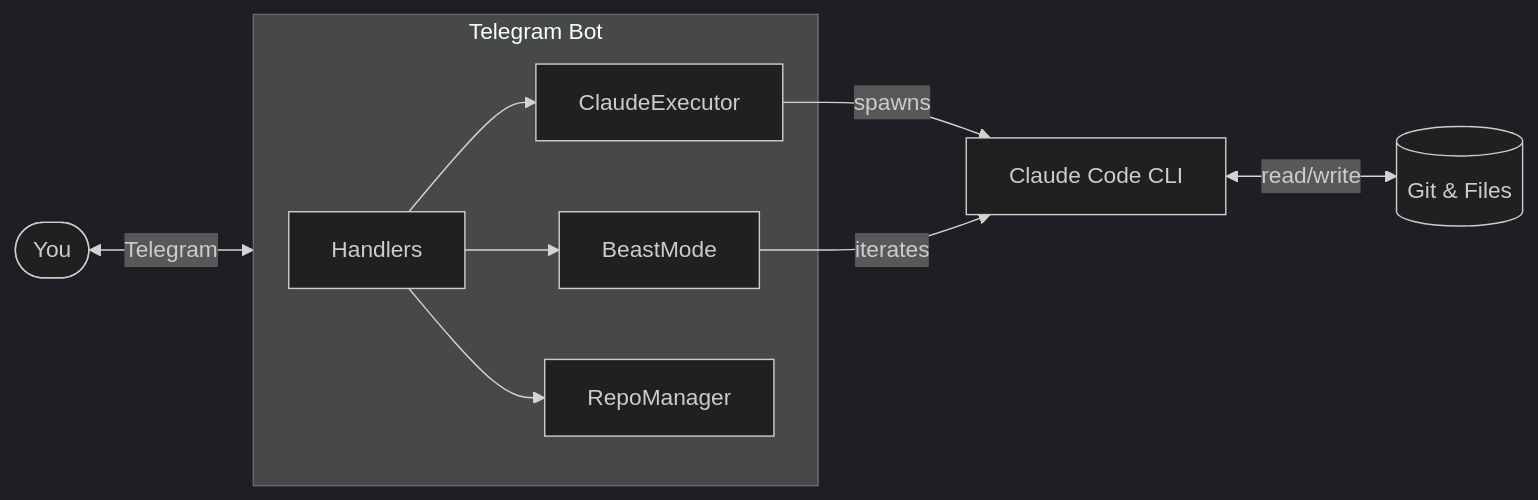
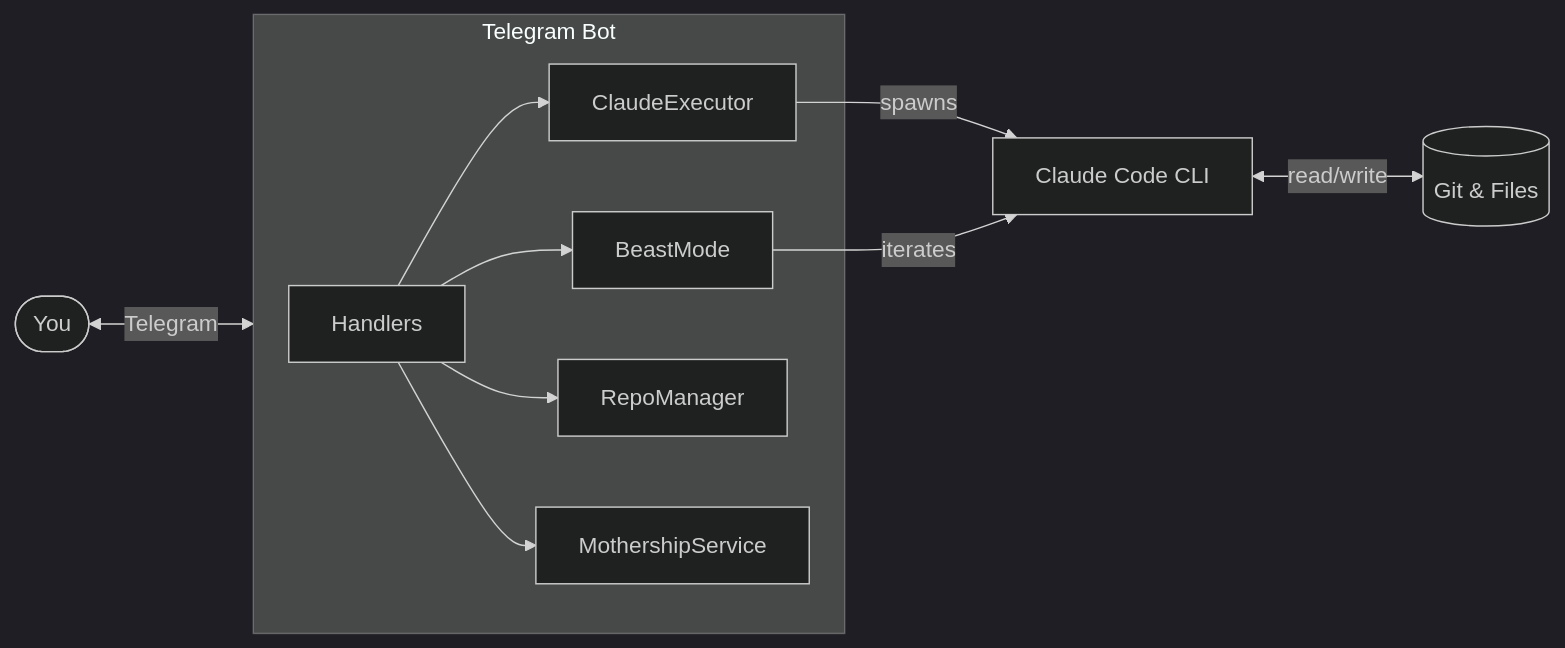
One commit to guzus/tg-claude changed the diagram in README.md. Above: the diagram before and after it, drawn with Mermaid (dark theme). The commit also changed other lines of this file, not shown here.

````diff
--- a/README.md
+++ b/README.md
@@ -41,15 +49,16 @@
 ```mermaid
 flowchart LR
     User([You]) <-->|Telegram| Bot
 
     subgraph Bot[Telegram Bot]
         Handler[Handlers]
         Handler --> Executor[ClaudeExecutor]
         Handler --> Beast[BeastMode]
         Handler --> Repo[RepoManager]
+        Handler --> Mothership[MothershipService]
     end
 
     Executor -->|spawns| Claude[Claude Code CLI]
     Beast -->|iterates| Claude
     Claude <-->|read/write| FS[(Git & Files)]
 ```
````
